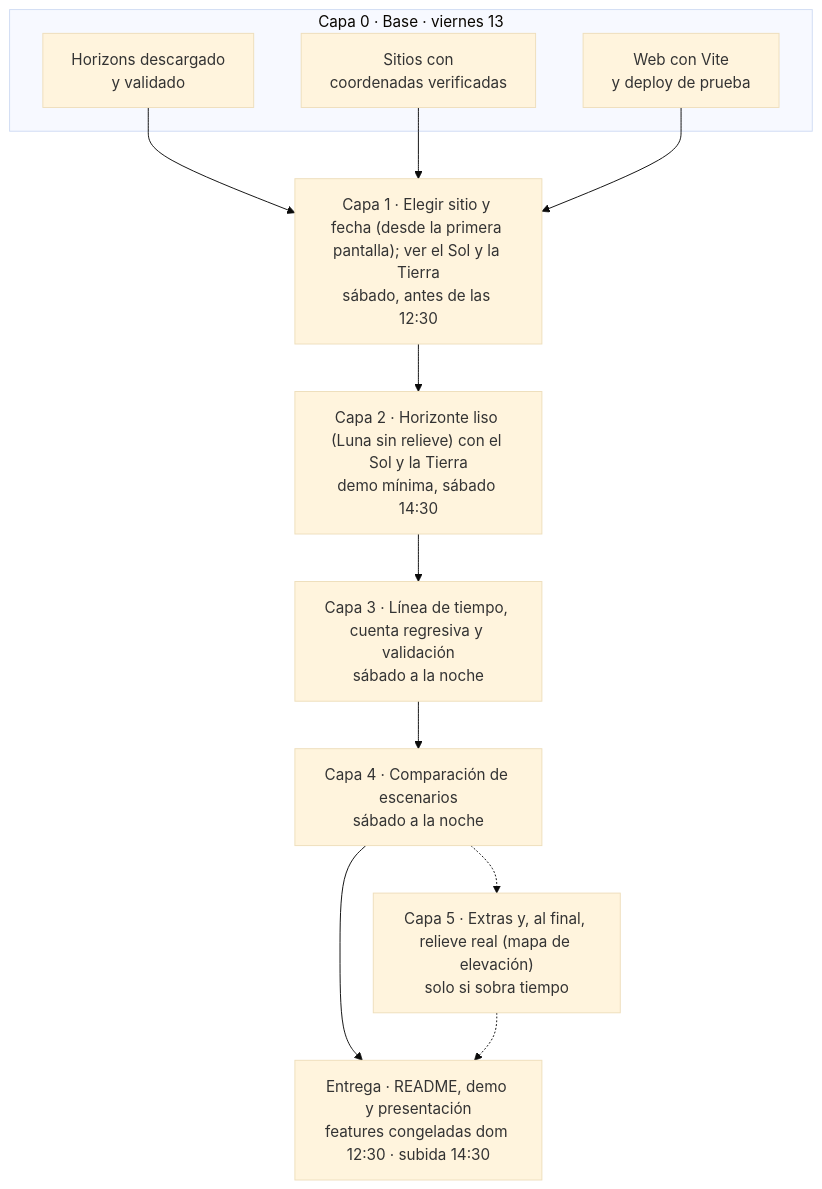
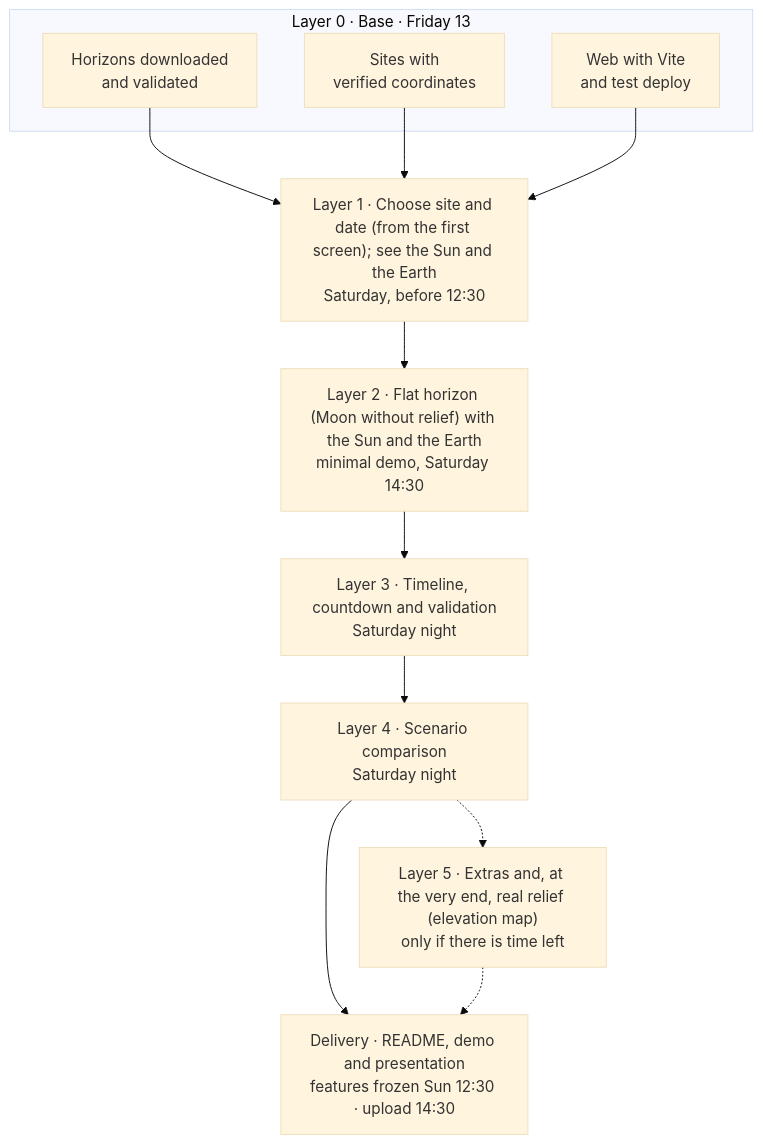
The diagram in README.md (VainstubTomas/NASA-APP-CHALLENGE), drawn with Mermaid (base theme) before and after one commit. The commit also changed other lines of this file and 16 other files, not shown here.

````diff
--- a/README.md
+++ b/README.md
@@ -21,20 +21,20 @@
 ```mermaid
 flowchart TD
-    subgraph C0["Capa 0 · Base · viernes 13"]
-        H["Horizons descargado<br/>y validado"]
-        S["Sitios con<br/>coordenadas verificadas"]
-        W["Web con Vite<br/>y deploy de prueba"]
+    subgraph C0["Layer 0 · Base · Friday 13"]
+        H["Horizons downloaded<br/>and validated"]
+        S["Sites with<br/>verified coordinates"]
+        W["Web with Vite<br/>and test deploy"]
     end
-    C1["Capa 1 · Elegir sitio y fecha (desde la primera pantalla); ver el Sol y la Tierra<br/>sábado, antes de las 12:30"]
-    C2["Capa 2 · Horizonte liso (Luna sin relieve) con el Sol y la Tierra<br/>demo mínima, sábado 14:30"]
-    C3["Capa 3 · Línea de tiempo, cuenta regresiva y validación<br/>sábado a la noche"]
-    C4["Capa 4 · Comparación de escenarios<br/>sábado a la noche"]
-    C5["Capa 5 · Extras y, al final, relieve real (mapa de elevación)<br/>solo si sobra tiempo"]
-    E["Entrega · README, demo y presentación<br/>features congeladas dom 12:30 · subida 14:30"]
+    C1["Layer 1 · Choose site and date (from the first screen); see the Sun and the Earth<br/>Saturday, before 12:30"]
+    C2["Layer 2 · Flat horizon (Moon without relief) with the Sun and the Earth<br/>minimal demo, Saturday 14:30"]
+    C3["Layer 3 · Timeline, countdown and validation<br/>Saturday night"]
+    C4["Layer 4 · Scenario comparison<br/>Saturday night"]
+    C5["Layer 5 · Extras and, at the very end, real relief (elevation map)<br/>only if there is time left"]
+    E["Delivery · README, demo and presentation<br/>features frozen Sun 12:30 · upload 14:30"]
 
     H --> C1
     S --> C1
     W --> C1
     C1 --> C2 --> C3 --> C4 --> E
     C4 -.-> C5 -.-> E
 ```
````
